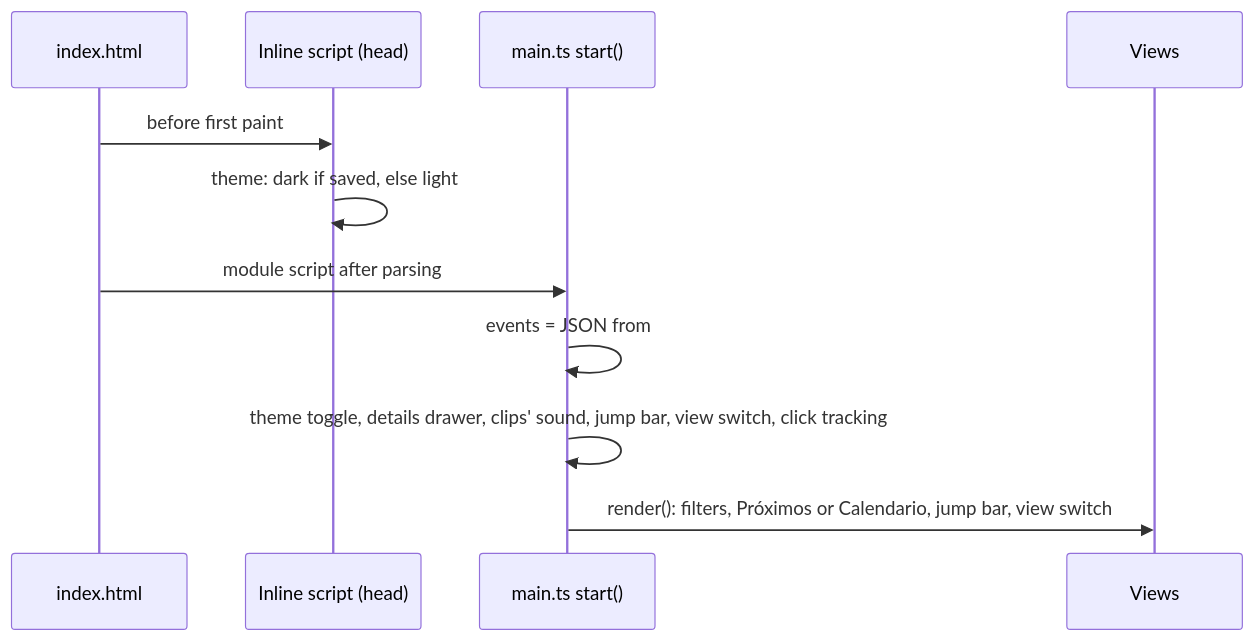
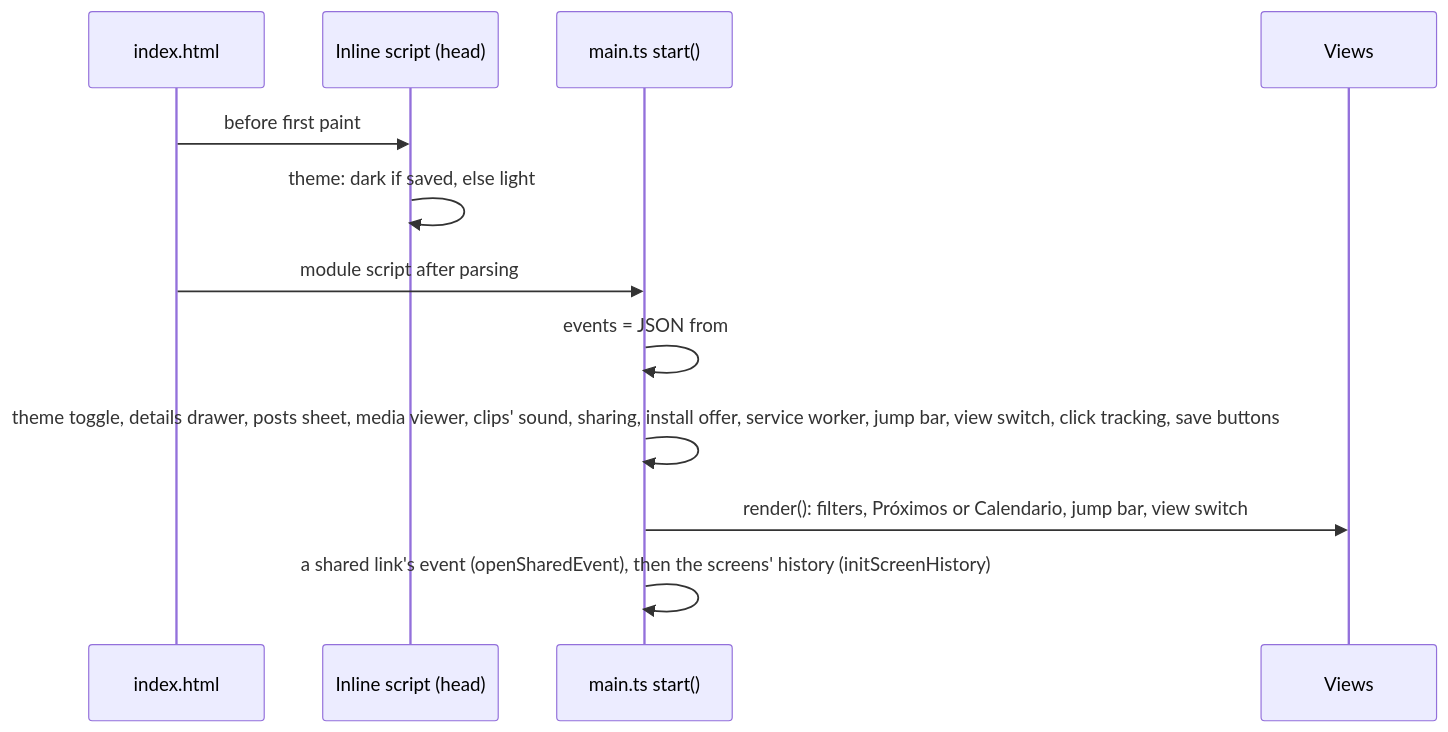
One commit to pa-bailar/pa-bailar.github.io changed the sixth of 9 diagrams in docs/ARCHITECTURE.md. Above: the diagram before and after it, drawn with Mermaid. The commit also changed other lines of this file and 42 other files, not shown here.

````diff
--- a/docs/ARCHITECTURE.md
+++ b/docs/ARCHITECTURE.md
@@ -314,14 +323,15 @@
 ```mermaid
 sequenceDiagram
     participant H as index.html
     participant I as Inline script (head)
     participant M as main.ts start()
     participant V as Views
 
     H->>I: before first paint
     I->>I: theme: dark if saved, else light
     H->>M: module script after parsing
     M->>M: events = JSON from #events-data
-    M->>M: theme toggle, details drawer, clips' sound, jump bar, view switch, click tracking
+    M->>M: theme toggle, details drawer, posts sheet, media viewer, clips' sound, sharing, install offer, service worker, jump bar, view switch, click tracking, save buttons
     M->>V: render(): filters, Próximos or Calendario, jump bar, view switch
+    M->>M: a shared link's event (openSharedEvent), then the screens' history (initScreenHistory)
 ```
````
